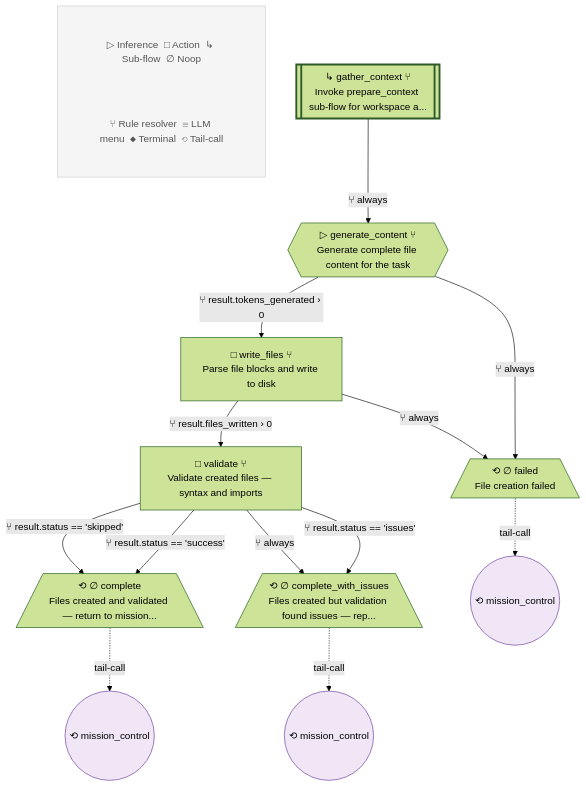
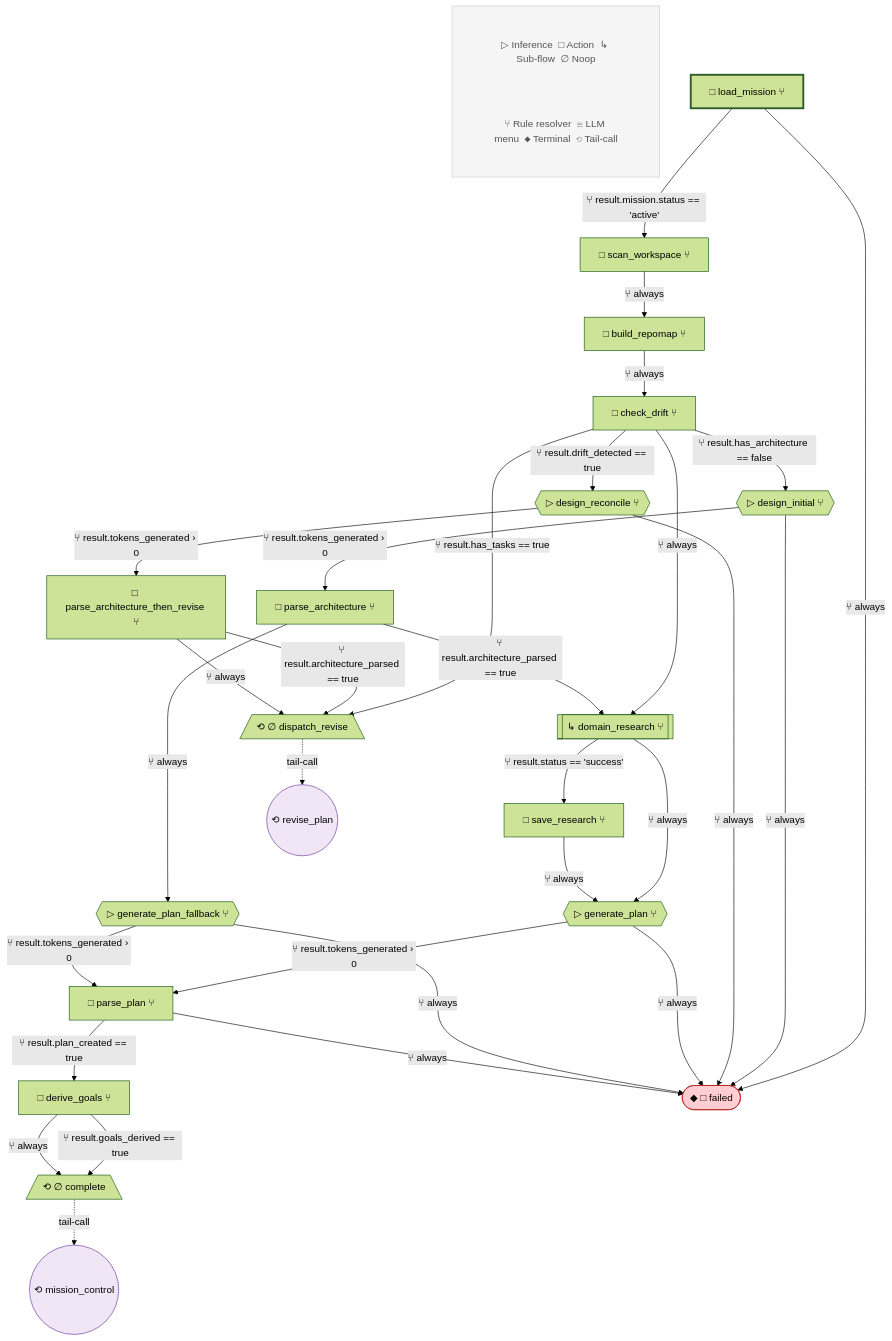
One commit to lah-rb/ouroboros changed the third of 20 diagrams in blueprint.md. Above: the diagram before and after it, drawn with Mermaid (forest theme). The commit also changed other lines of this file and 207 other files, not shown here.

````diff
--- a/blueprint.md
+++ b/blueprint.md
@@ -462,42 +355,68 @@
 ```mermaid
 flowchart TD
-    %% create_file v3
+    %% design_and_plan v4
 
     subgraph Legend[" "]
         L1["▷ Inference  □ Action  ↳ Sub-flow  ∅ Noop"]
         L2["⑂ Rule resolver  ☰ LLM menu  ◆ Terminal  ⟲ Tail-call"]
     end
     style Legend fill:#f5f5f5,stroke:#ccc,stroke-width:1px
     style L1 fill:#f5f5f5,stroke:none,color:#555
     style L2 fill:#f5f5f5,stroke:none,color:#555
 
-    gather_context[["↳ gather_context ⑂\nInvoke prepare_context sub-flow for workspace a..."]]
-    generate_content{{"▷ generate_content ⑂\nGenerate complete file content for the task"}}
-    write_files["□ write_files ⑂\nParse file blocks and write to disk"]
-    validate["□ validate ⑂\nValidate created files — syntax and imports"]
-    complete[/"⟲ ∅ complete\nFiles created and validated — return to mission..."\]
-    complete_with_issues[/"⟲ ∅ complete_with_issues\nFiles created but validation found issues — rep..."\]
-    failed[/"⟲ ∅ failed\nFile creation failed"\]
+    load_mission["□ load_mission ⑂"]
+    scan_workspace["□ scan_workspace ⑂"]
+    build_repomap["□ build_repomap ⑂"]
+    check_drift["□ check_drift ⑂"]
+    design_initial{{"▷ design_initial ⑂"}}
+    design_reconcile{{"▷ design_reconcile ⑂"}}
+    parse_architecture["□ parse_architecture ⑂"]
+    parse_architecture_then_revise["□ parse_architecture_then_revise ⑂"]
+    dispatch_revise[/"⟲ ∅ dispatch_revise"\]
+    domain_research[["↳ domain_research ⑂"]]
+    save_research["□ save_research ⑂"]
+    generate_plan{{"▷ generate_plan ⑂"}}
+    generate_plan_fallback{{"▷ generate_plan_fallback ⑂"}}
+    parse_plan["□ parse_plan ⑂"]
+    derive_goals["□ derive_goals ⑂"]
+    complete[/"⟲ ∅ complete"\]
+    failed(["◆ □ failed"])
 
-    style gather_context stroke-width:3px,stroke:#2d5a27
+    style load_mission stroke-width:3px,stroke:#2d5a27
 
-    gather_context -->|⑂ always| generate_content
-    generate_content -->|⑂ result.tokens_generated › 0| write_files
-    generate_content -->|⑂ always| failed
-    write_files -->|⑂ result.files_written › 0| validate
-    write_files -->|⑂ always| failed
-    validate -->|⑂ result.status == 'success'| complete
-    validate -->|⑂ result.status == 'issues'| complete_with_issues
-    validate -->|⑂ result.status == 'skipped'| complete
-    validate -->|⑂ always| complete_with_issues
+    load_mission -->|⑂ result.mission.status == 'active'| scan_workspace
+    load_mission -->|⑂ always| failed
+    scan_workspace -->|⑂ always| build_repomap
+    build_repomap -->|⑂ always| check_drift
+    check_drift -->|⑂ result.has_architecture == false| design_initial
+    check_drift -->|⑂ result.drift_detected == true| design_reconcile
+    check_drift -->|⑂ result.has_tasks == true| dispatch_revise
+    check_drift -->|⑂ always| domain_research
+    design_initial -->|⑂ result.tokens_generated › 0| parse_architecture
+    design_initial -->|⑂ always| failed
+    design_reconcile -->|⑂ result.tokens_generated › 0| parse_architecture_then_revise
+    design_reconcile -->|⑂ always| failed
+    parse_architecture -->|⑂ result.architecture_parsed == true| domain_research
+    parse_architecture -->|⑂ always| generate_plan_fallback
+    parse_architecture_then_revise -->|⑂ result.architecture_parsed == true| dispatch_revise
+    parse_architecture_then_revise -->|⑂ always| dispatch_revise
+    tc_dispatch_revise(("⟲ revise_plan"))
+    style tc_dispatch_revise fill:#f0e6f6,stroke:#663399
+    dispatch_revise -.->|tail-call| tc_dispatch_revise
+    domain_research -->|⑂ result.status == 'success'| save_research
+    domain_research -->|⑂ always| generate_plan
+    save_research -->|⑂ always| generate_plan
+    generate_plan -->|⑂ result.tokens_generated › 0| parse_plan
+    generate_plan -->|⑂ always| failed
+    generate_plan_fallback -->|⑂ result.tokens_generated › 0| parse_plan
+    generate_plan_fallback -->|⑂ always| failed
+    parse_plan -->|⑂ result.plan_created == true| derive_goals
+    parse_plan -->|⑂ always| failed
+    derive_goals -->|⑂ result.goals_derived == true| complete
+    derive_goals -->|⑂ always| complete
     tc_complete(("⟲ mission_control"))
     style tc_complete fill:#f0e6f6,stroke:#663399
     complete -.->|tail-call| tc_complete
-    tc_complete_with_issues(("⟲ mission_control"))
-    style tc_complete_with_issues fill:#f0e6f6,stroke:#663399
-    complete_with_issues -.->|tail-call| tc_complete_with_issues
-    tc_failed(("⟲ mission_control"))
-    style tc_failed fill:#f0e6f6,stroke:#663399
-    failed -.->|tail-call| tc_failed
 
+    style failed fill:#ffcdd2,stroke:#b71c1c
 ```
````
